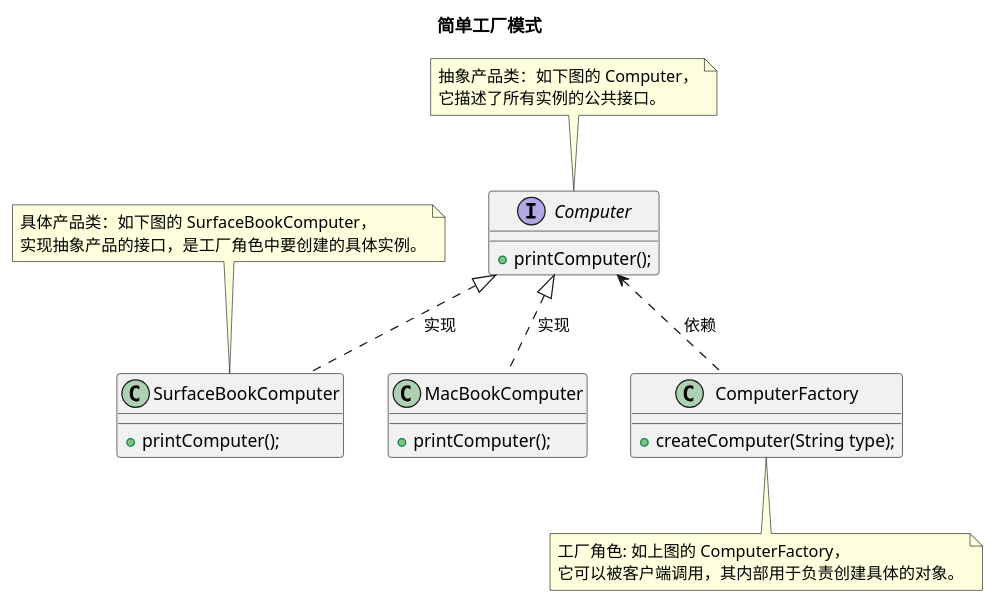
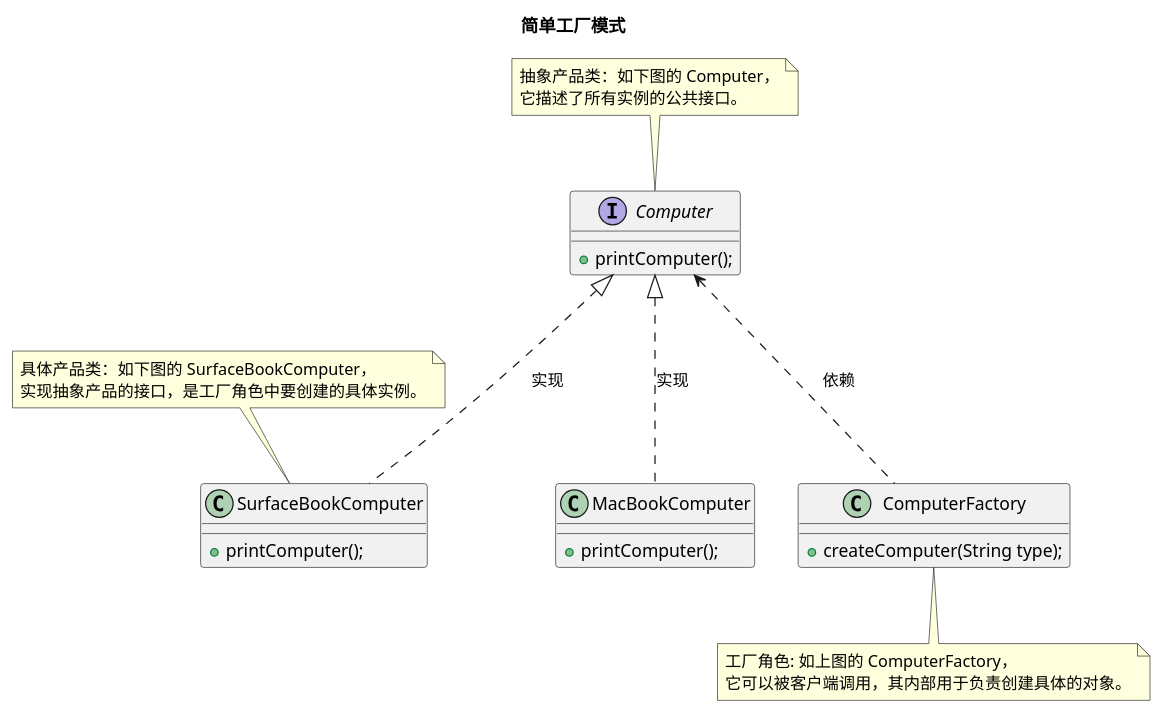
The diagram in 简单工厂模式.puml (MikeWrong/uml), drawn with PlantUML before and after one commit.

Commit message:
修改虚线长度

```diff
--- a/简单工厂模式.puml
+++ b/简单工厂模式.puml
@@ -1,29 +1,29 @@
 @startuml
 title 简单工厂模式
 
 interface Computer{
 +printComputer();
 }
 note top:抽象产品类：如下图的 Computer，\n它描述了所有实例的公共接口。
 
 class SurfaceBookComputer{
 +printComputer();
 }
 note top:具体产品类：如下图的 SurfaceBookComputer，\n实现抽象产品的接口，是工厂角色中要创建的具体实例。
 
 class MacBookComputer{
 +printComputer();
 }
 
 class ComputerFactory{
 +createComputer(String type);
 }
 note bottom:工厂角色: 如上图的 ComputerFactory，\n它可以被客户端调用，其内部用于负责创建具体的对象。
 
-Computer<|..SurfaceBookComputer:实现
-Computer<|..MacBookComputer:实现
-Computer<..ComputerFactory:依赖
+Computer<|...SurfaceBookComputer:实现
+Computer<|...MacBookComputer:实现
+Computer<...ComputerFactory:依赖
 
 /'缺点：简单工厂模式是违反“开闭原则”，即对扩展开放，
 对修改关闭；因为如果要新增具体产品，就需要修改工厂类的代码。'/
 @enduml
```
